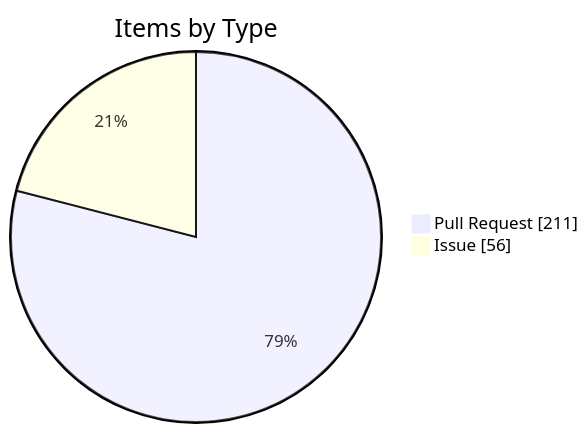
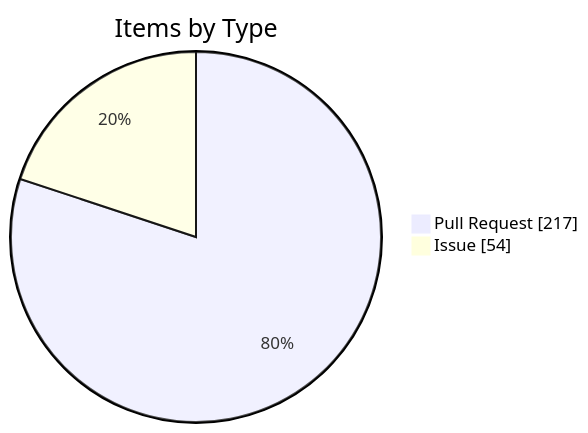
The fourth of 4 diagrams in apps/kbve/astro-kbve/src/content/docs/dashboard/kanban-data.mdx (KBVE/kbve), drawn with Mermaid before and after one commit. The commit also changed other lines of this file and 8 other files, not shown here.

````diff
--- a/apps/kbve/astro-kbve/src/content/docs/dashboard/kanban-data.mdx
+++ b/apps/kbve/astro-kbve/src/content/docs/dashboard/kanban-data.mdx
@@ -116,6 +116,6 @@
 ```mermaid
 pie showData
     title Items by Type
-    "Pull Request" : 211
-    "Issue" : 56
+    "Pull Request" : 217
+    "Issue" : 54
 ```
````
